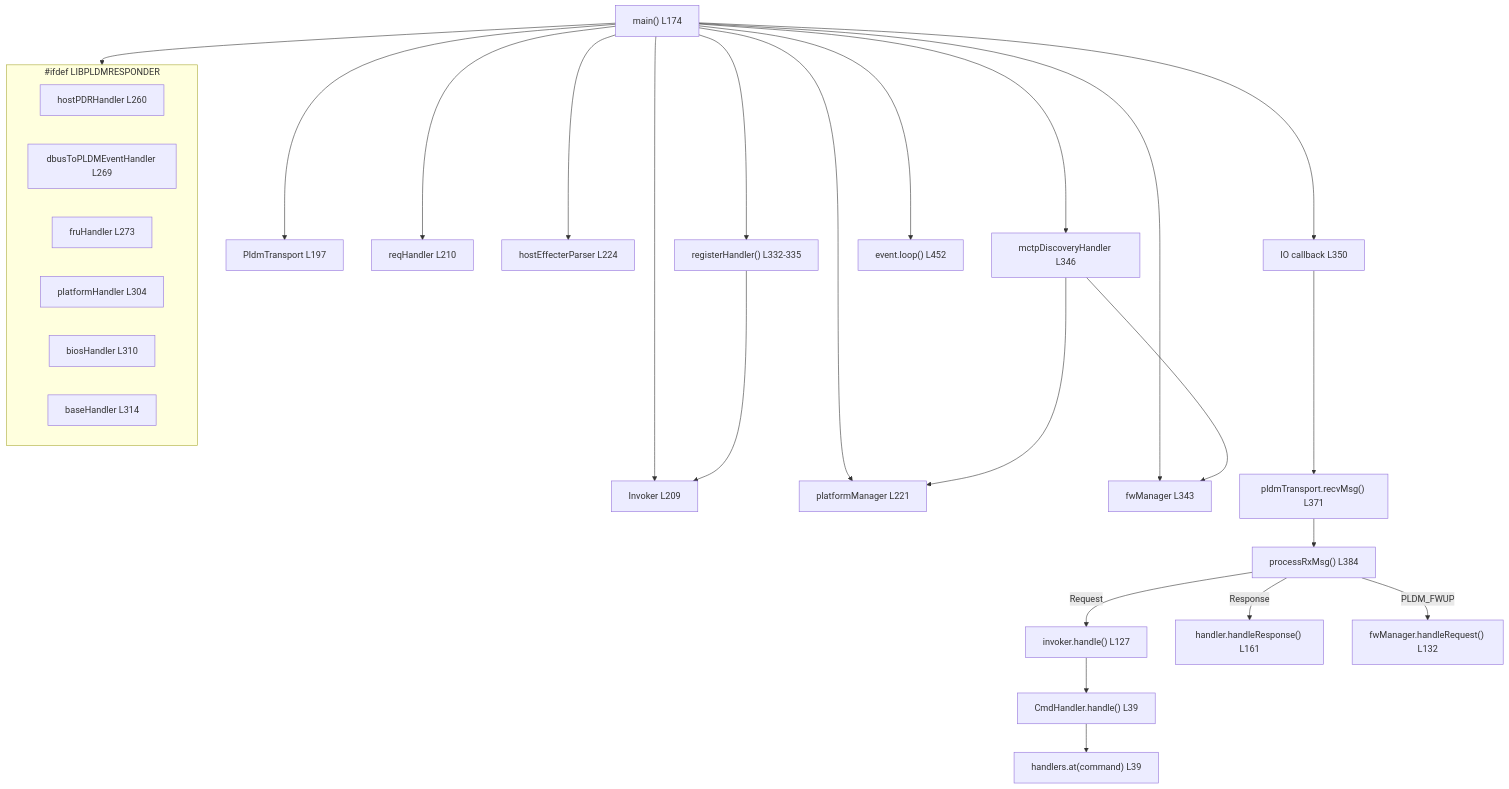
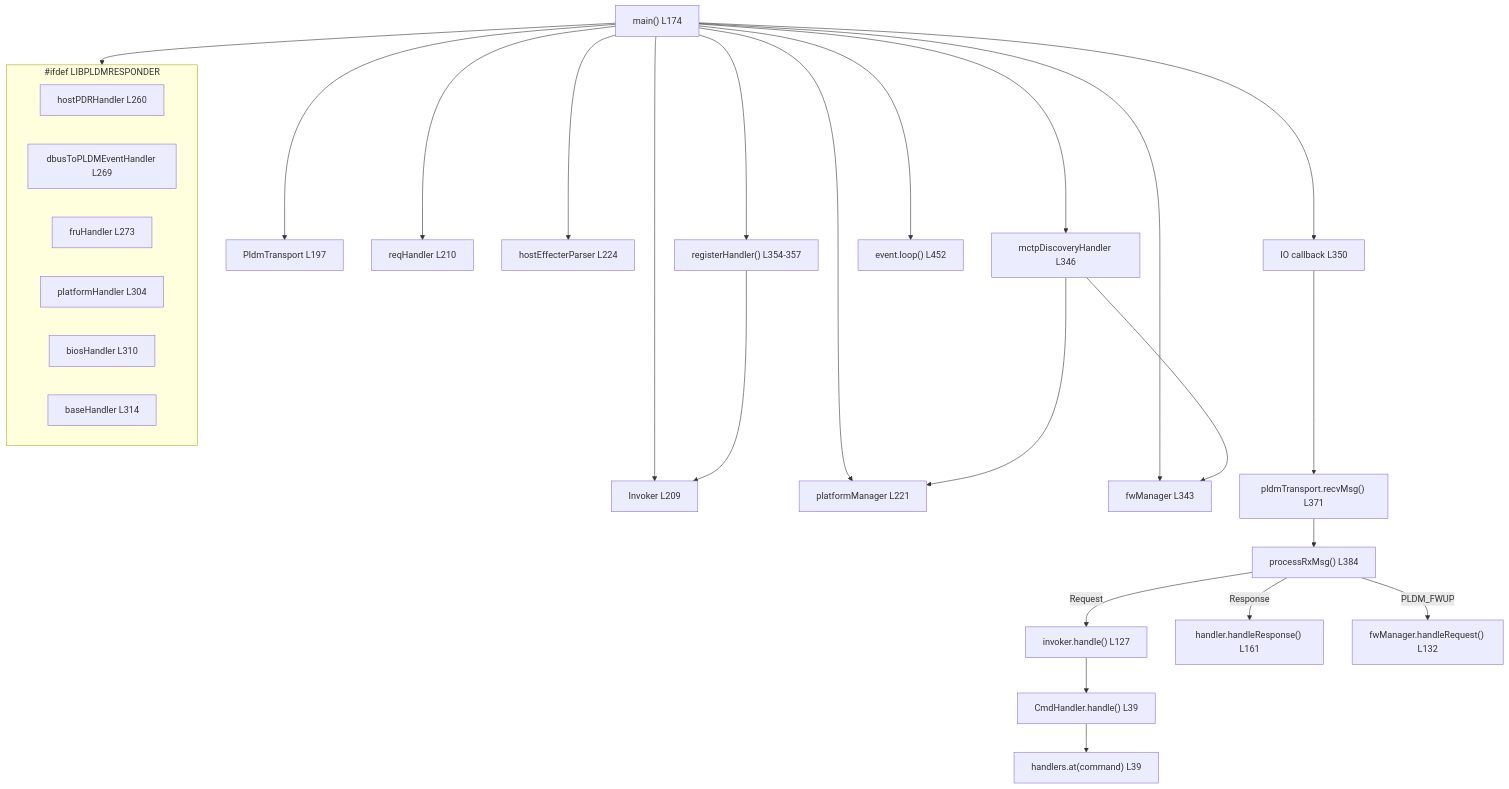
Before and after one commit to chilung-cgu/bmc-firmware-knowledge-base: the first of 5 diagrams in pldm/SourceCodeWalkthrough.md, drawn with Mermaid. The commit also changed other lines of this file and 18 other files, not shown here.

````diff
--- a/pldm/SourceCodeWalkthrough.md
+++ b/pldm/SourceCodeWalkthrough.md
@@ -81,40 +81,40 @@
 ```mermaid
 flowchart TD
     A["main() L174"] --> B["PldmTransport L197"]
     A --> C["Invoker L209"]
     A --> D["reqHandler L210"]
     A --> E["platformManager L221"]
     A --> F["hostEffecterParser L224"]
 
     subgraph LIBPLDMRESPONDER["#ifdef LIBPLDMRESPONDER"]
         G["hostPDRHandler L260"]
         H["dbusToPLDMEventHandler L269"]
         I["fruHandler L273"]
         J["platformHandler L304"]
         K["biosHandler L310"]
         L["baseHandler L314"]
     end
     A --> LIBPLDMRESPONDER
 
-    A --> M["registerHandler() L332-335"]
+    A --> M["registerHandler() L354-357"]
     M --> C
 
     A --> N["fwManager L343"]
     A --> O["mctpDiscoveryHandler L346"]
     O --> N
     O --> E
 
     A --> P["IO callback L350"]
     P --> Q["pldmTransport.recvMsg() L371"]
     Q --> R["processRxMsg() L384"]
 
     R --> |"Request"| S["invoker.handle() L127"]
     S --> T["CmdHandler.handle() L39"]
     T --> U["handlers.at(command) L39"]
 
     R --> |"Response"| V["handler.handleResponse() L161"]
 
     R --> |"PLDM_FWUP"| W["fwManager.handleRequest() L132"]
 
     A --> X["event.loop() L452"]
 ```
````
